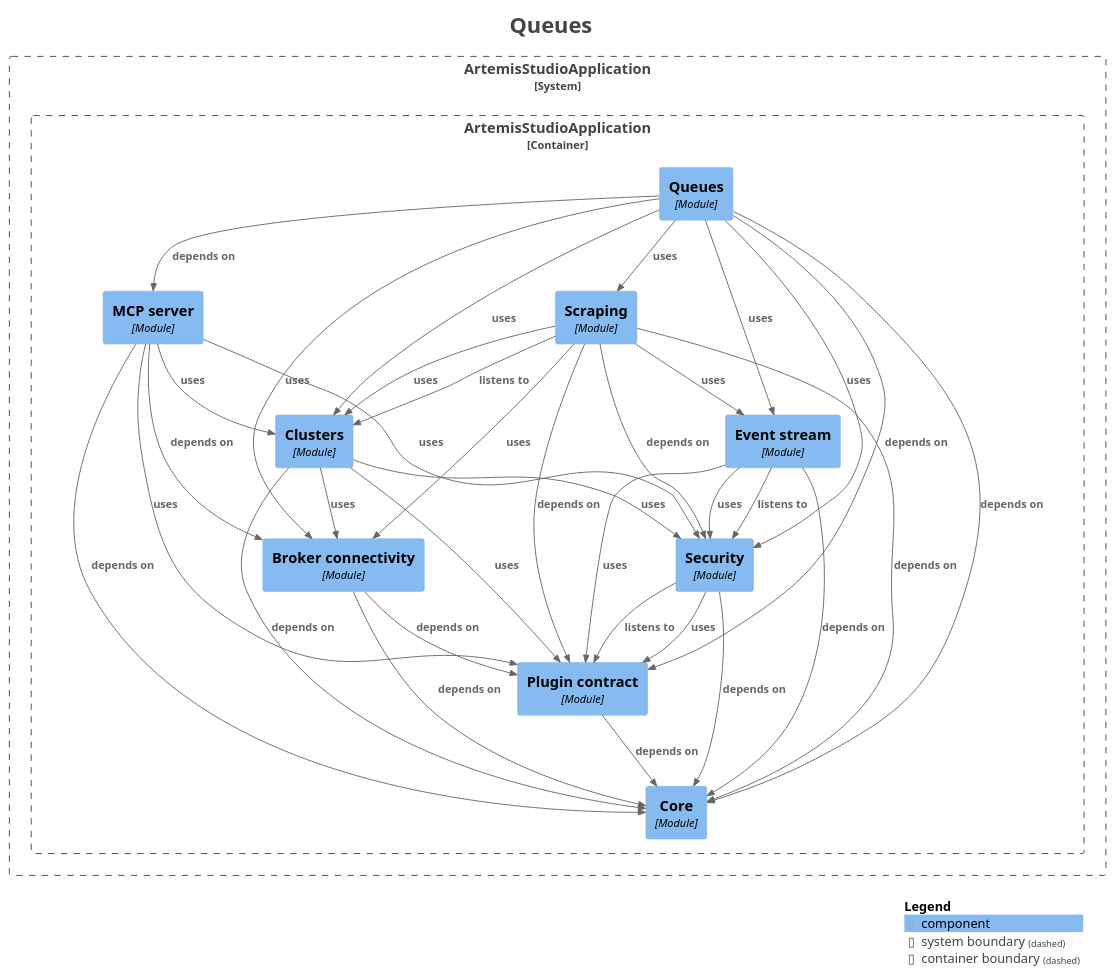
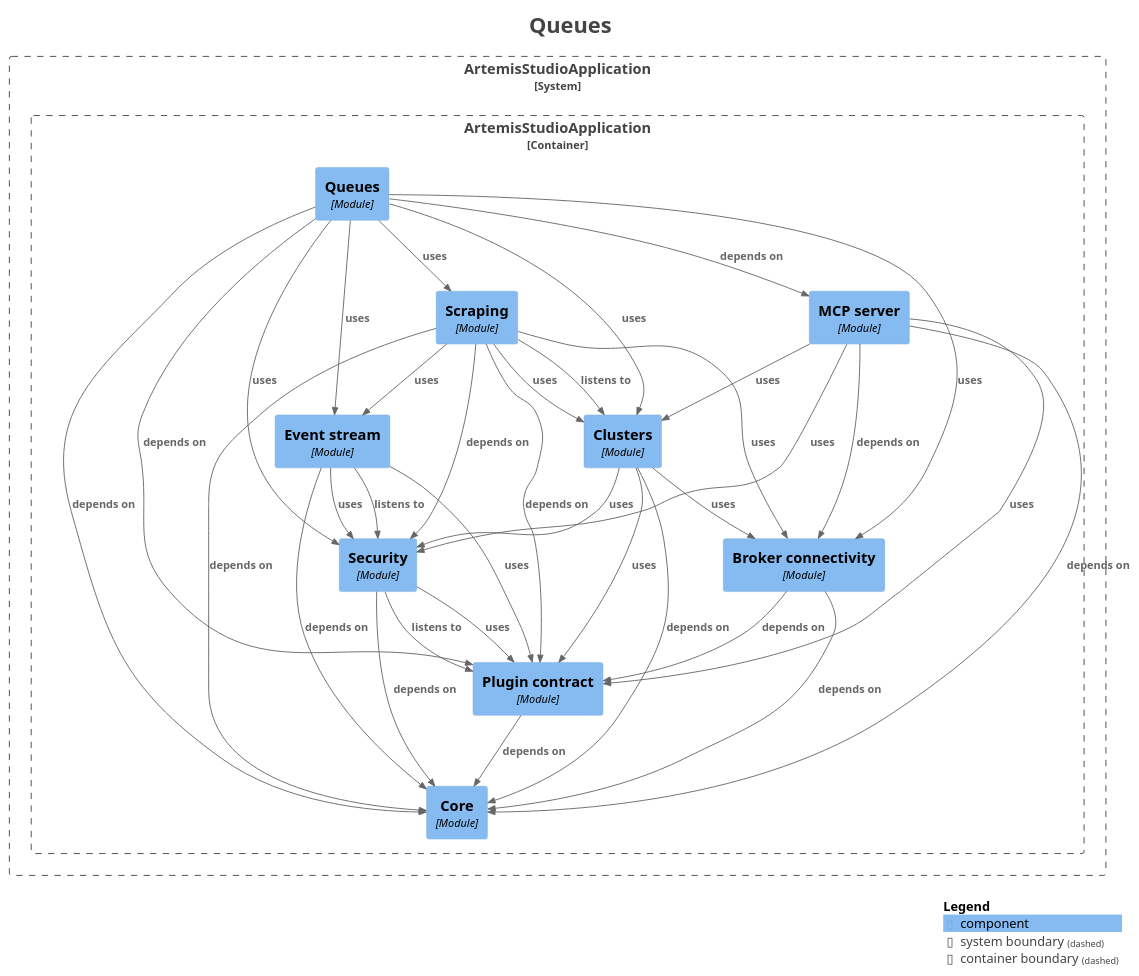
Before and after one commit to sudoitir/artemis-studio: the diagram in docs/modules/module-feature.queues.puml, drawn with PlantUML. The commit also changed other lines of this file and 33 other files, not shown here.

First line of the commit message:
test(architecture): sort module diagram components so diagrams change only with the graph

```diff
--- a/docs/modules/module-feature.queues.puml
+++ b/docs/modules/module-feature.queues.puml
@@ -1,70 +1,70 @@
 @startuml
 title <size:24>Queues</size>
 
 set separator none
 top to bottom direction
 
 <style>
   root {
     BackgroundColor: #ffffff
     FontColor: #444444
   }
 </style>
 
 !include <C4/C4>
 !include <C4/C4_Context>
 !include <C4/C4_Component>
 
 System_Boundary("ArtemisStudioApplication_boundary", "ArtemisStudioApplication", $tags="") {
   Container_Boundary("ArtemisStudioApplication.ArtemisStudioApplication_boundary", "ArtemisStudioApplication", $tags="") {
-    Component(ArtemisStudioApplication.ArtemisStudioApplication.Eventstream, "Event stream", $techn="Module", $descr="", $tags="", $link="")
     Component(ArtemisStudioApplication.ArtemisStudioApplication.Brokerconnectivity, "Broker connectivity", $techn="Module", $descr="", $tags="", $link="")
     Component(ArtemisStudioApplication.ArtemisStudioApplication.Clusters, "Clusters", $techn="Module", $descr="", $tags="", $link="")
+    Component(ArtemisStudioApplication.ArtemisStudioApplication.Core, "Core", $techn="Module", $descr="", $tags="", $link="")
+    Component(ArtemisStudioApplication.ArtemisStudioApplication.Eventstream, "Event stream", $techn="Module", $descr="", $tags="", $link="")
     Component(ArtemisStudioApplication.ArtemisStudioApplication.MCPserver, "MCP server", $techn="Module", $descr="", $tags="", $link="")
+    Component(ArtemisStudioApplication.ArtemisStudioApplication.Plugincontract, "Plugin contract", $techn="Module", $descr="", $tags="", $link="")
+    Component(ArtemisStudioApplication.ArtemisStudioApplication.Queues, "Queues", $techn="Module", $descr="", $tags="", $link="")
     Component(ArtemisStudioApplication.ArtemisStudioApplication.Scraping, "Scraping", $techn="Module", $descr="", $tags="", $link="")
-    Component(ArtemisStudioApplication.ArtemisStudioApplication.Queues, "Queues", $techn="Module", $descr="", $tags="", $link="")
-    Component(ArtemisStudioApplication.ArtemisStudioApplication.Core, "Core", $techn="Module", $descr="", $tags="", $link="")
-    Component(ArtemisStudioApplication.ArtemisStudioApplication.Plugincontract, "Plugin contract", $techn="Module", $descr="", $tags="", $link="")
     Component(ArtemisStudioApplication.ArtemisStudioApplication.Security, "Security", $techn="Module", $descr="", $tags="", $link="")
   }
 
 }
 
 Rel(ArtemisStudioApplication.ArtemisStudioApplication.Brokerconnectivity, ArtemisStudioApplication.ArtemisStudioApplication.Core, "depends on", $techn="", $tags="", $link="")
 Rel(ArtemisStudioApplication.ArtemisStudioApplication.Brokerconnectivity, ArtemisStudioApplication.ArtemisStudioApplication.Plugincontract, "depends on", $techn="", $tags="", $link="")
 Rel(ArtemisStudioApplication.ArtemisStudioApplication.Clusters, ArtemisStudioApplication.ArtemisStudioApplication.Brokerconnectivity, "uses", $techn="", $tags="", $link="")
 Rel(ArtemisStudioApplication.ArtemisStudioApplication.Clusters, ArtemisStudioApplication.ArtemisStudioApplication.Core, "depends on", $techn="", $tags="", $link="")
 Rel(ArtemisStudioApplication.ArtemisStudioApplication.Clusters, ArtemisStudioApplication.ArtemisStudioApplication.Plugincontract, "uses", $techn="", $tags="", $link="")
 Rel(ArtemisStudioApplication.ArtemisStudioApplication.Clusters, ArtemisStudioApplication.ArtemisStudioApplication.Security, "uses", $techn="", $tags="", $link="")
 Rel(ArtemisStudioApplication.ArtemisStudioApplication.Eventstream, ArtemisStudioApplication.ArtemisStudioApplication.Core, "depends on", $techn="", $tags="", $link="")
 Rel(ArtemisStudioApplication.ArtemisStudioApplication.Eventstream, ArtemisStudioApplication.ArtemisStudioApplication.Plugincontract, "uses", $techn="", $tags="", $link="")
 Rel(ArtemisStudioApplication.ArtemisStudioApplication.Eventstream, ArtemisStudioApplication.ArtemisStudioApplication.Security, "listens to", $techn="", $tags="", $link="")
 Rel(ArtemisStudioApplication.ArtemisStudioApplication.Eventstream, ArtemisStudioApplication.ArtemisStudioApplication.Security, "uses", $techn="", $tags="", $link="")
 Rel(ArtemisStudioApplication.ArtemisStudioApplication.MCPserver, ArtemisStudioApplication.ArtemisStudioApplication.Brokerconnectivity, "depends on", $techn="", $tags="", $link="")
 Rel(ArtemisStudioApplication.ArtemisStudioApplication.MCPserver, ArtemisStudioApplication.ArtemisStudioApplication.Clusters, "uses", $techn="", $tags="", $link="")
 Rel(ArtemisStudioApplication.ArtemisStudioApplication.MCPserver, ArtemisStudioApplication.ArtemisStudioApplication.Core, "depends on", $techn="", $tags="", $link="")
 Rel(ArtemisStudioApplication.ArtemisStudioApplication.MCPserver, ArtemisStudioApplication.ArtemisStudioApplication.Plugincontract, "uses", $techn="", $tags="", $link="")
 Rel(ArtemisStudioApplication.ArtemisStudioApplication.MCPserver, ArtemisStudioApplication.ArtemisStudioApplication.Security, "uses", $techn="", $tags="", $link="")
 Rel(ArtemisStudioApplication.ArtemisStudioApplication.Plugincontract, ArtemisStudioApplication.ArtemisStudioApplication.Core, "depends on", $techn="", $tags="", $link="")
 Rel(ArtemisStudioApplication.ArtemisStudioApplication.Queues, ArtemisStudioApplication.ArtemisStudioApplication.Brokerconnectivity, "uses", $techn="", $tags="", $link="")
 Rel(ArtemisStudioApplication.ArtemisStudioApplication.Queues, ArtemisStudioApplication.ArtemisStudioApplication.Clusters, "uses", $techn="", $tags="", $link="")
 Rel(ArtemisStudioApplication.ArtemisStudioApplication.Queues, ArtemisStudioApplication.ArtemisStudioApplication.Core, "depends on", $techn="", $tags="", $link="")
 Rel(ArtemisStudioApplication.ArtemisStudioApplication.Queues, ArtemisStudioApplication.ArtemisStudioApplication.Eventstream, "uses", $techn="", $tags="", $link="")
 Rel(ArtemisStudioApplication.ArtemisStudioApplication.Queues, ArtemisStudioApplication.ArtemisStudioApplication.MCPserver, "depends on", $techn="", $tags="", $link="")
 Rel(ArtemisStudioApplication.ArtemisStudioApplication.Queues, ArtemisStudioApplication.ArtemisStudioApplication.Plugincontract, "depends on", $techn="", $tags="", $link="")
 Rel(ArtemisStudioApplication.ArtemisStudioApplication.Queues, ArtemisStudioApplication.ArtemisStudioApplication.Scraping, "uses", $techn="", $tags="", $link="")
 Rel(ArtemisStudioApplication.ArtemisStudioApplication.Queues, ArtemisStudioApplication.ArtemisStudioApplication.Security, "uses", $techn="", $tags="", $link="")
 Rel(ArtemisStudioApplication.ArtemisStudioApplication.Scraping, ArtemisStudioApplication.ArtemisStudioApplication.Brokerconnectivity, "uses", $techn="", $tags="", $link="")
 Rel(ArtemisStudioApplication.ArtemisStudioApplication.Scraping, ArtemisStudioApplication.ArtemisStudioApplication.Clusters, "listens to", $techn="", $tags="", $link="")
 Rel(ArtemisStudioApplication.ArtemisStudioApplication.Scraping, ArtemisStudioApplication.ArtemisStudioApplication.Clusters, "uses", $techn="", $tags="", $link="")
 Rel(ArtemisStudioApplication.ArtemisStudioApplication.Scraping, ArtemisStudioApplication.ArtemisStudioApplication.Core, "depends on", $techn="", $tags="", $link="")
 Rel(ArtemisStudioApplication.ArtemisStudioApplication.Scraping, ArtemisStudioApplication.ArtemisStudioApplication.Eventstream, "uses", $techn="", $tags="", $link="")
 Rel(ArtemisStudioApplication.ArtemisStudioApplication.Scraping, ArtemisStudioApplication.ArtemisStudioApplication.Plugincontract, "depends on", $techn="", $tags="", $link="")
 Rel(ArtemisStudioApplication.ArtemisStudioApplication.Scraping, ArtemisStudioApplication.ArtemisStudioApplication.Security, "depends on", $techn="", $tags="", $link="")
 Rel(ArtemisStudioApplication.ArtemisStudioApplication.Security, ArtemisStudioApplication.ArtemisStudioApplication.Core, "depends on", $techn="", $tags="", $link="")
 Rel(ArtemisStudioApplication.ArtemisStudioApplication.Security, ArtemisStudioApplication.ArtemisStudioApplication.Plugincontract, "listens to", $techn="", $tags="", $link="")
 Rel(ArtemisStudioApplication.ArtemisStudioApplication.Security, ArtemisStudioApplication.ArtemisStudioApplication.Plugincontract, "uses", $techn="", $tags="", $link="")
 
 SHOW_LEGEND(true)
 hide stereotypes
 @enduml
```
